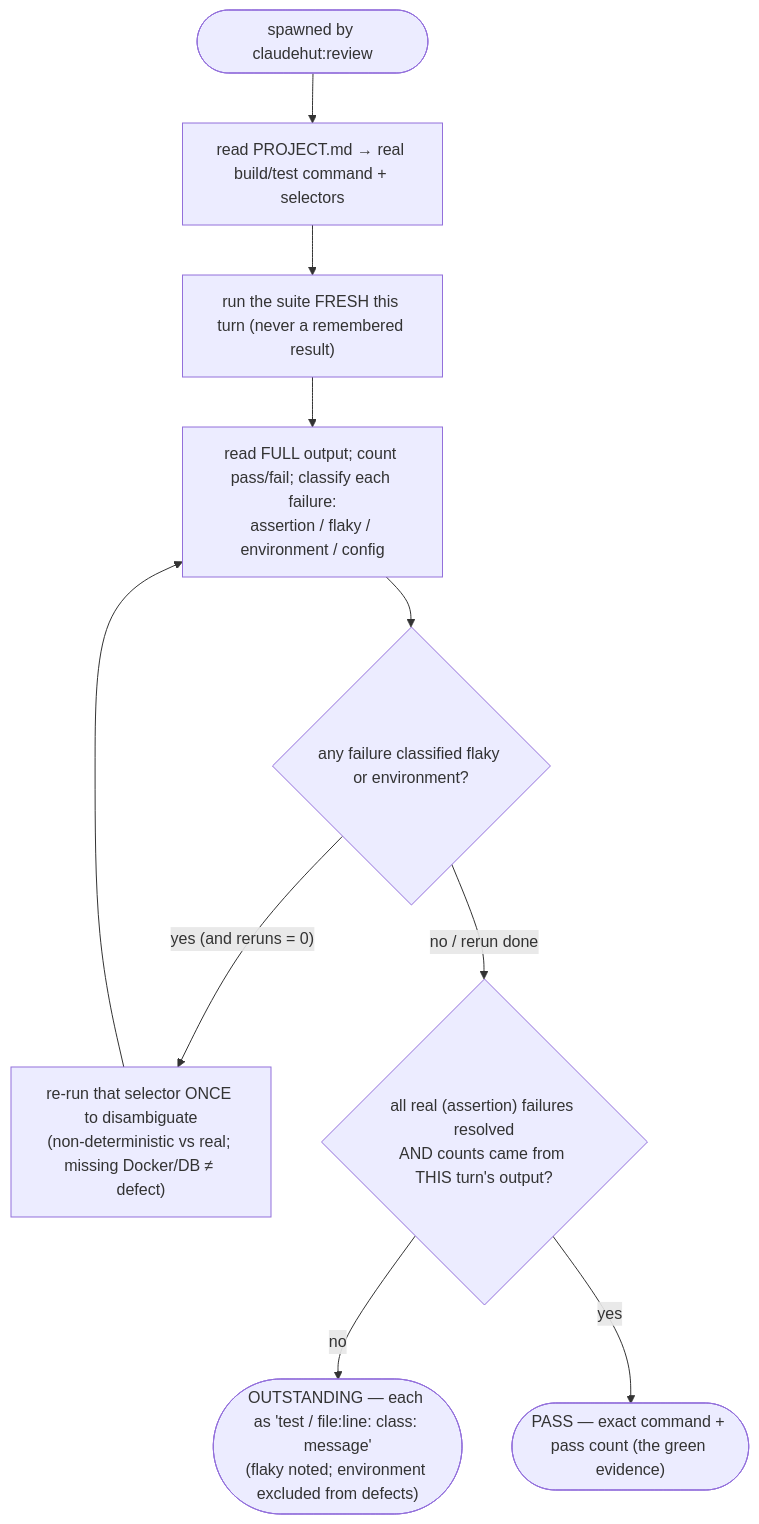
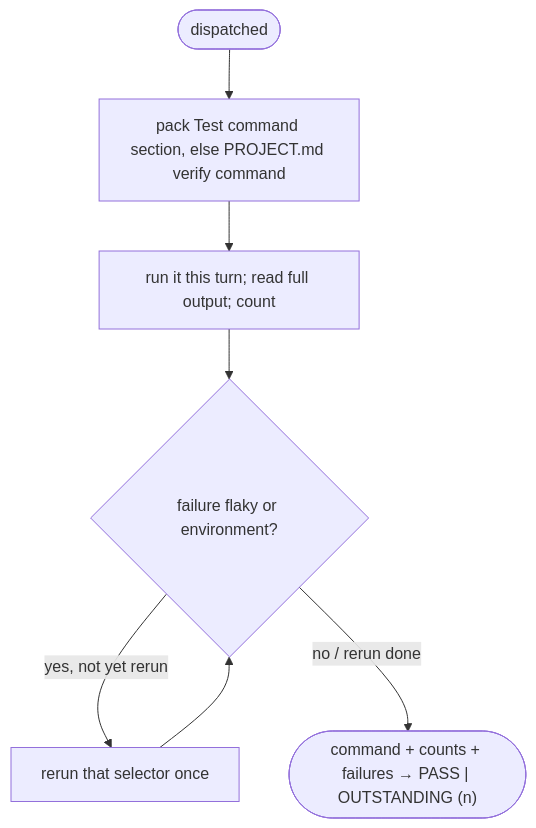
Before and after one commit to taipt1504/claudehut: the diagram in agents/claudehut-test-runner.md, drawn with Mermaid. The commit also changed other lines of this file and 297 other files, not shown here.

````diff
--- a/agents/claudehut-test-runner.md
+++ b/agents/claudehut-test-runner.md
@@ -15,12 +16,8 @@
 ```mermaid
 flowchart TB
-    start([spawned by claudehut:review]) --> cmd["read PROJECT.md → real build/test command + selectors"]
-    cmd --> run["run the suite FRESH this turn (never a remembered result)"]
-    run --> cls["read FULL output; count pass/fail; classify each failure:<br/>assertion / flaky / environment / config"]
-    cls --> flaky{"any failure classified flaky or environment?"}
-    flaky -- "yes (and reruns = 0)" --> rerun["re-run that selector ONCE to disambiguate<br/>(non-deterministic vs real; missing Docker/DB ≠ defect)"]
-    rerun --> cls
-    flaky -- "no / rerun done" --> verdict{"all real (assertion) failures resolved<br/>AND counts came from THIS turn's output?"}
-    verdict -- "no" --> out(["OUTSTANDING — each as 'test / file:line: class: message'<br/>(flaky noted; environment excluded from defects)"])
-    verdict -- "yes" --> pass(["PASS — exact command + pass count (the green evidence)"])
+    start([dispatched]) --> cmd["pack Test command section, else PROJECT.md verify command"]
+    cmd --> run["run it this turn; read full output; count"]
+    run --> cls{"failure flaky or environment?"}
+    cls -- "yes, not yet rerun" --> rerun["rerun that selector once"] --> cls
+    cls -- "no / rerun done" --> v(["command + counts + failures → PASS | OUTSTANDING (n)"])
 ```
````
